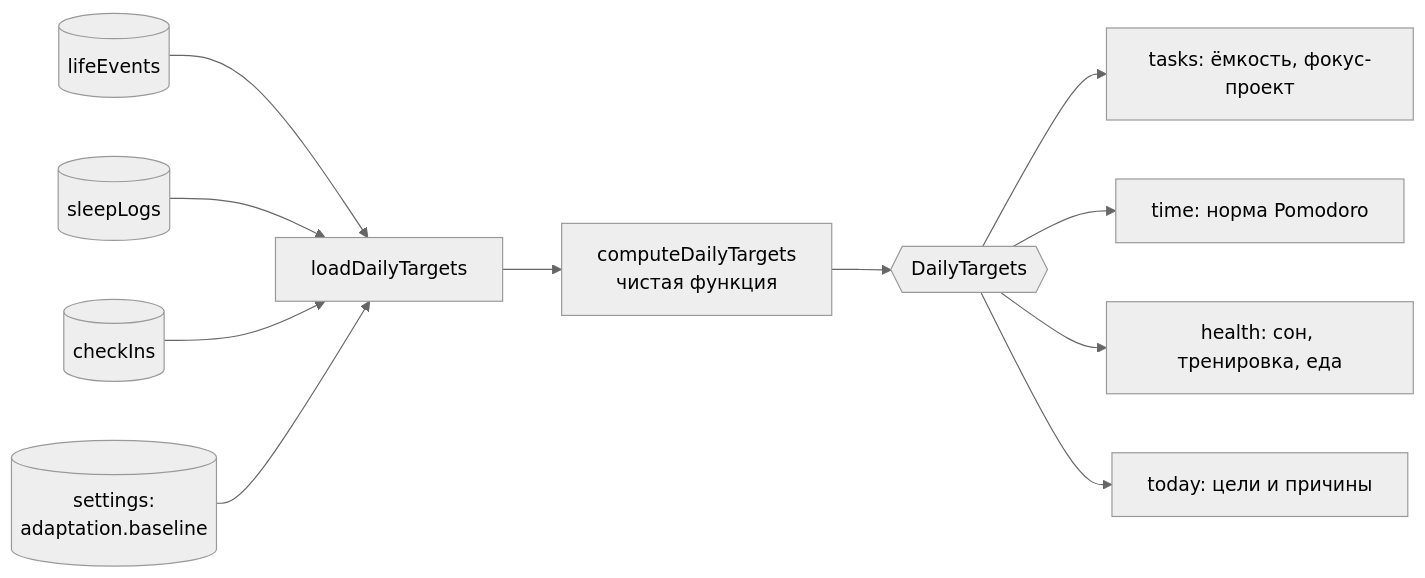
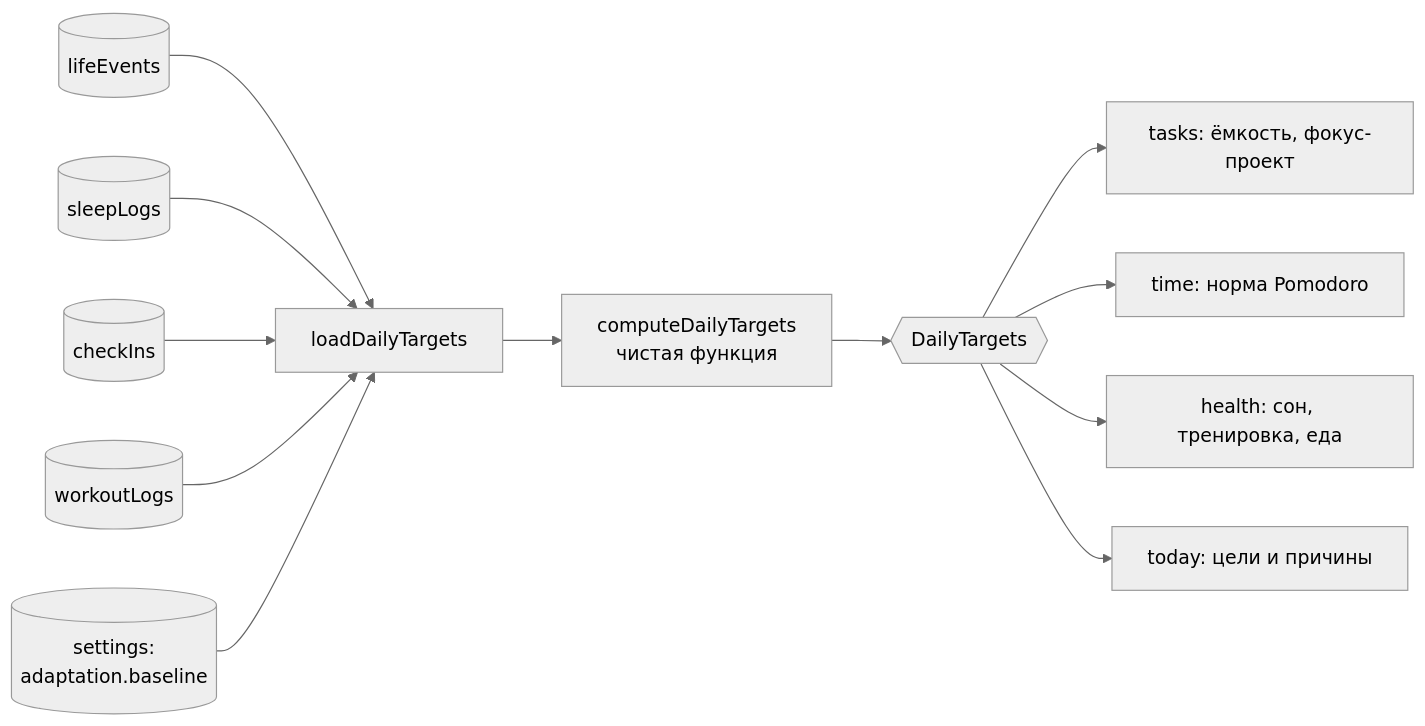
One commit to Manificento/Productivity changed the third of 3 diagrams in docs/architecture.md. Above: the diagram before and after it, drawn with Mermaid (neutral theme). The commit also changed other lines of this file and 1 other file, not shown here.

First line of the commit message:
docs(infra): workoutLogs in the adaptation diagram, sleep-debt rule wording (#157)

````diff
--- a/docs/architecture.md
+++ b/docs/architecture.md
@@ -78,13 +78,14 @@
 ```mermaid
 flowchart LR
   ev[(lifeEvents)] --> load
   sl[(sleepLogs)] --> load
   ci[(checkIns)] --> load
+  wl[(workoutLogs)] --> load
   bl[(settings:<br/>adaptation.baseline)] --> load
   load[loadDailyTargets] --> eng[computeDailyTargets<br/>чистая функция]
   eng --> dt{{DailyTargets}}
   dt --> t[tasks: ёмкость, фокус-проект]
   dt --> tm[time: норма Pomodoro]
   dt --> h[health: сон, тренировка, еда]
   dt --> td[today: цели и причины]
 ```
````
